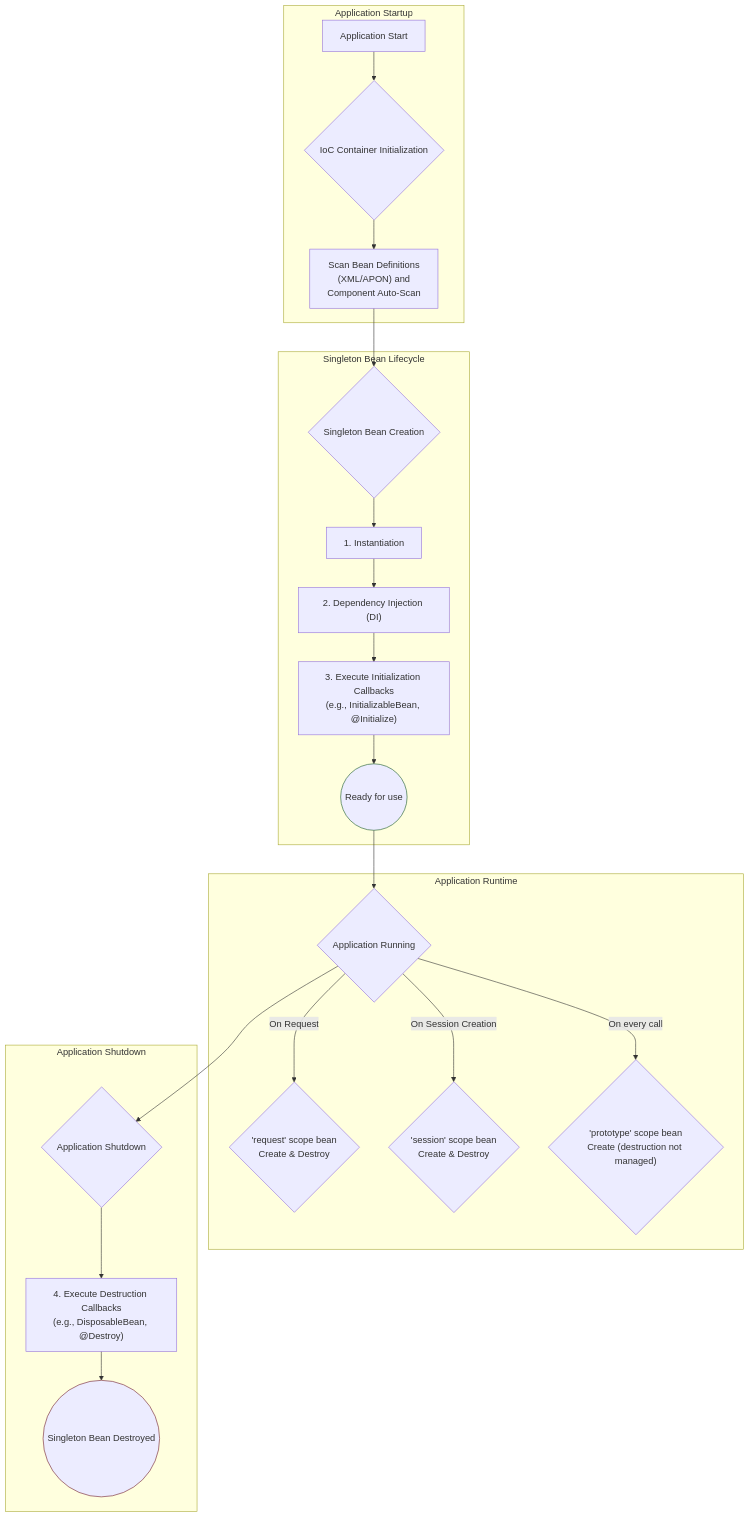
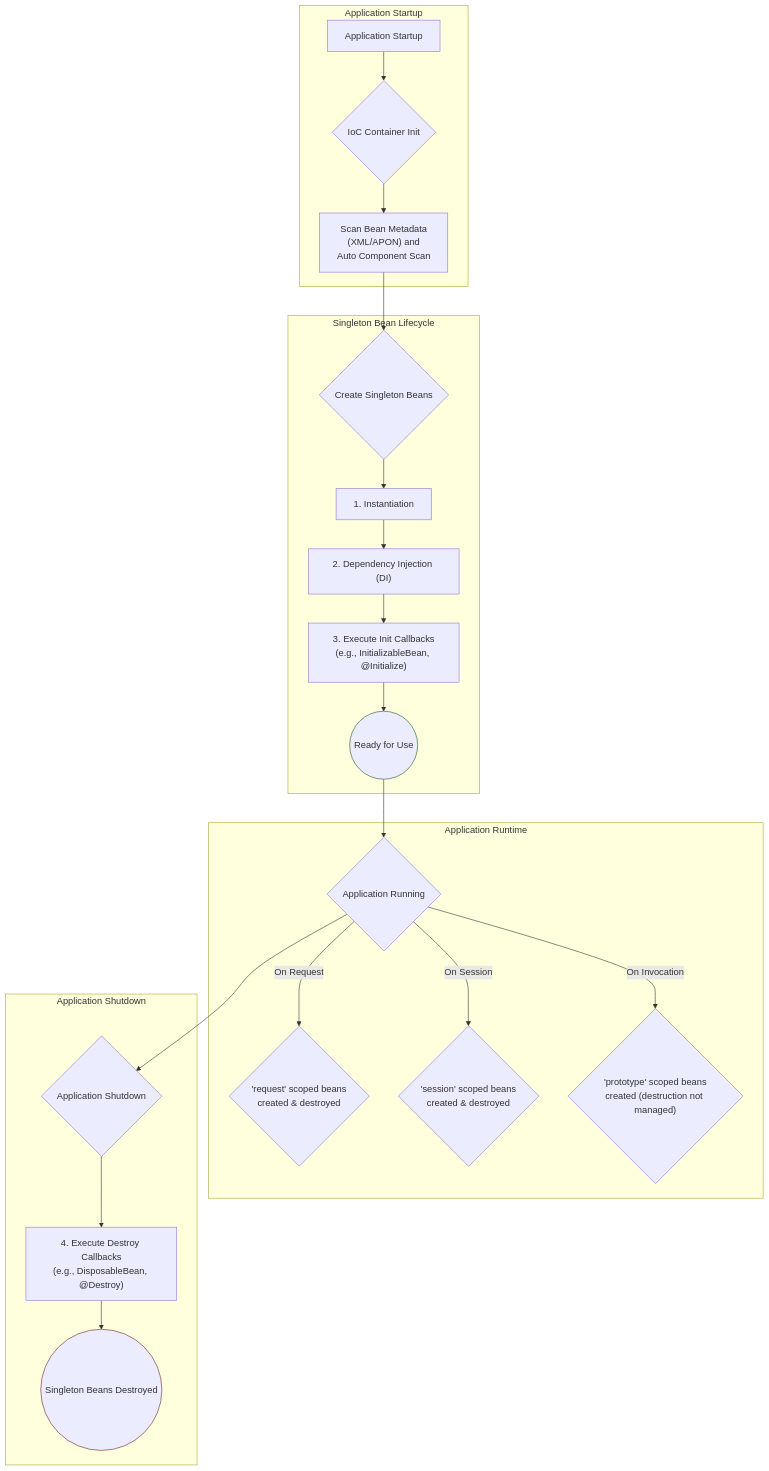
One commit to aspectran/aspectran.github.io changed the eighth of 9 diagrams in _pages/en/docs/guides/aspectran-architecture-diagrams.md. Above: the diagram before and after it, drawn with Mermaid. The commit also changed other lines of this file and 1 other file, not shown here.

````diff
--- a/_pages/en/docs/guides/aspectran-architecture-diagrams.md
+++ b/_pages/en/docs/guides/aspectran-architecture-diagrams.md
@@ -484,31 +506,31 @@
 ```mermaid
 graph TD
     subgraph "Application Startup"
-        A[Application Start] --> B{IoC Container Initialization};
-        B --> C["Scan Bean Definitions<br>(XML/APON) and<br>Component Auto-Scan"];
+        A[Application Startup] --> B{IoC Container Init};
+        B --> C["Scan Bean Metadata<br>(XML/APON) and<br>Auto Component Scan"];
     end
 
     subgraph "Singleton Bean Lifecycle"
-        C --> D{Singleton Bean Creation};
+        C --> D{Create Singleton Beans};
         D --> E["1. Instantiation"];
         E --> F["2. Dependency Injection (DI)"];
-        F --> G["3. Execute Initialization Callbacks<br>(e.g., InitializableBean, @Initialize)"];
-        G --> H((Ready for use));
+        F --> G["3. Execute Init Callbacks<br>(e.g., InitializableBean, @Initialize)"];
+        G --> H((Ready for Use));
     end
 
     subgraph "Application Runtime"
         H --> I{Application Running};
-        I -- "On Request" --> J{"'request' scope bean<br>Create & Destroy"};
-        I -- "On Session Creation" --> K{"'session' scope bean<br>Create & Destroy"};
-        I -- "On every call" --> L{"'prototype' scope bean<br>Create (destruction not managed)"};
+        I -- "On Request" --> J{"'request' scoped beans<br>created & destroyed"};
+        I -- "On Session" --> K{"'session' scoped beans<br>created & destroyed"};
+        I -- "On Invocation" --> L{"'prototype' scoped beans<br>created (destruction not managed)"};
     end
 
     subgraph "Application Shutdown"
         I --> M{Application Shutdown};
-        M --> N["4. Execute Destruction Callbacks<br>(e.g., DisposableBean, @Destroy)"];
-        N --> O((Singleton Bean Destroyed));
+        M --> N["4. Execute Destroy Callbacks<br>(e.g., DisposableBean, @Destroy)"];
+        N --> O((Singleton Beans Destroyed));
     end
 
     style H stroke:#155724
     style O stroke:#721c24
 ```
````
